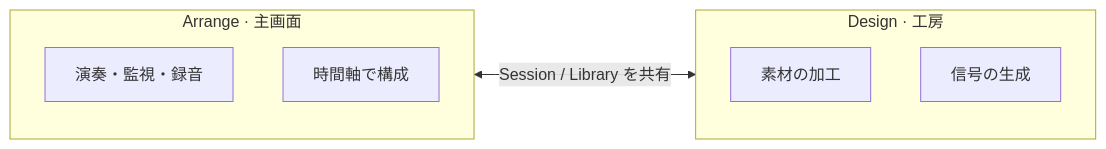
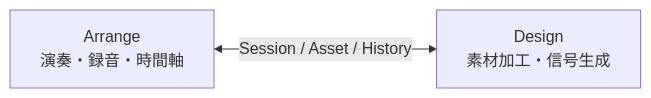
The first of 2 diagrams in docs/CONCEPT.md (endo-ly/riffra), drawn with Mermaid before and after one commit. The commit also changed other lines of this file and 9 other files, not shown here.

````diff
--- a/docs/CONCEPT.md
+++ b/docs/CONCEPT.md
@@ -22,12 +27,4 @@
 ```mermaid
 flowchart LR
-    subgraph ARR["Arrange · 主画面"]
-        A1["演奏・監視・録音"]
-        A2["時間軸で構成"]
-    end
-    subgraph DES["Design · 工房"]
-        D1["素材の加工"]
-        D2["信号の生成"]
-    end
-    ARR <-->|"Session / Library を共有"| DES
+    ARR["Arrange<br/>演奏・録音・時間軸"] <-->|"Session / Asset / History"| DES["Design<br/>素材加工・信号生成"]
 ```
````
